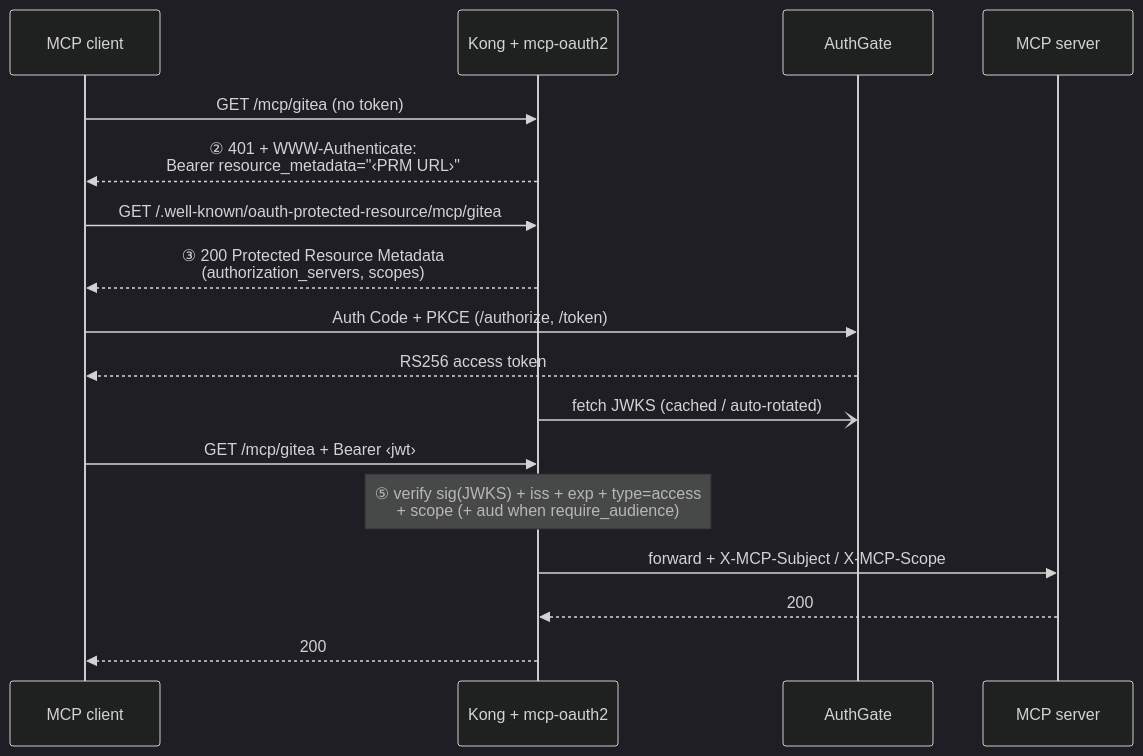
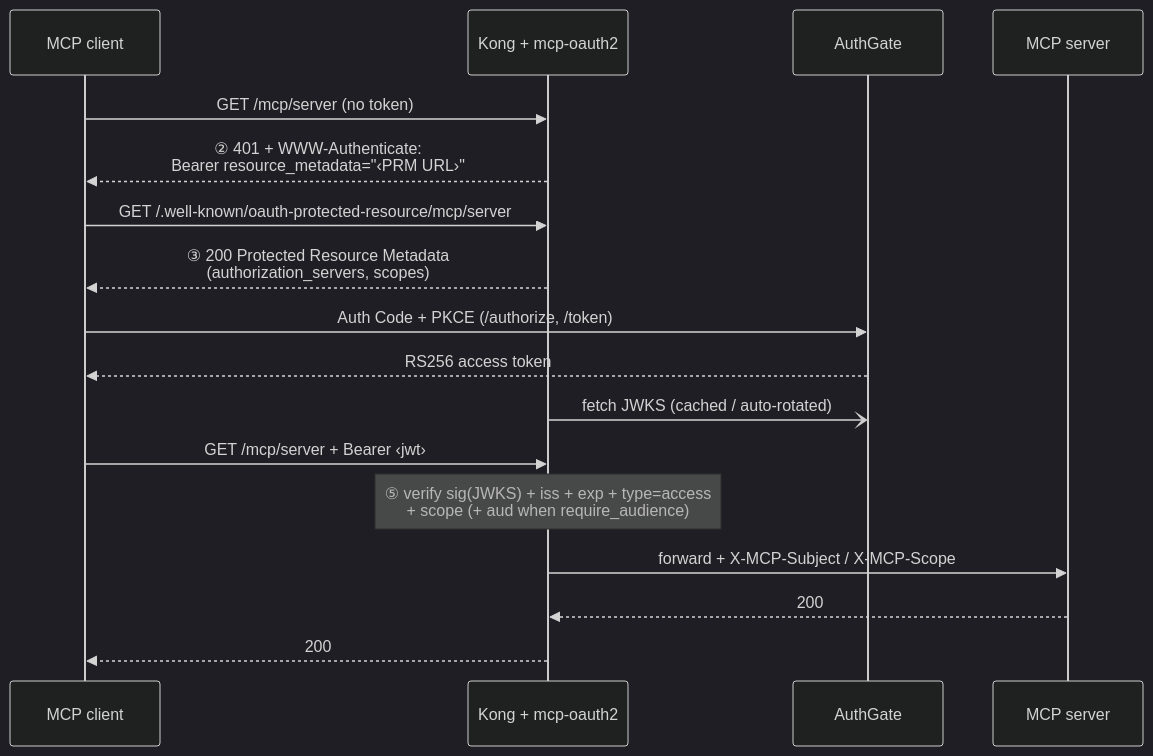
The second of 2 diagrams in README.md (go-authgate/kong-mcp-oauth2), drawn with Mermaid (dark theme) before and after one commit. The commit also changed other lines of this file and 8 other files, not shown here.

First line of the commit message:
refactor: rename mcp/gitea path to mcp/server across all files

````diff
--- a/README.md
+++ b/README.md
@@ -59,20 +59,20 @@
 ```mermaid
 sequenceDiagram
     participant C as MCP client
     participant K as Kong + mcp-oauth2
     participant A as AuthGate
     participant M as MCP server
 
-    C->>K: GET /mcp/gitea (no token)
+    C->>K: GET /mcp/server (no token)
     K-->>C: ② 401 + WWW-Authenticate:<br/>Bearer resource_metadata="‹PRM URL›"
-    C->>K: GET /.well-known/oauth-protected-resource/mcp/gitea
+    C->>K: GET /.well-known/oauth-protected-resource/mcp/server
     K-->>C: ③ 200 Protected Resource Metadata<br/>(authorization_servers, scopes)
     C->>A: Auth Code + PKCE (/authorize, /token)
     A-->>C: RS256 access token
     K-)A: fetch JWKS (cached / auto-rotated)
-    C->>K: GET /mcp/gitea + Bearer ‹jwt›
+    C->>K: GET /mcp/server + Bearer ‹jwt›
     Note over K: ⑤ verify sig(JWKS) + iss + exp + type=access<br/>+ scope (+ aud when require_audience)
     K->>M: forward + X-MCP-Subject / X-MCP-Scope
     M-->>K: 200
     K-->>C: 200
 ```
````
